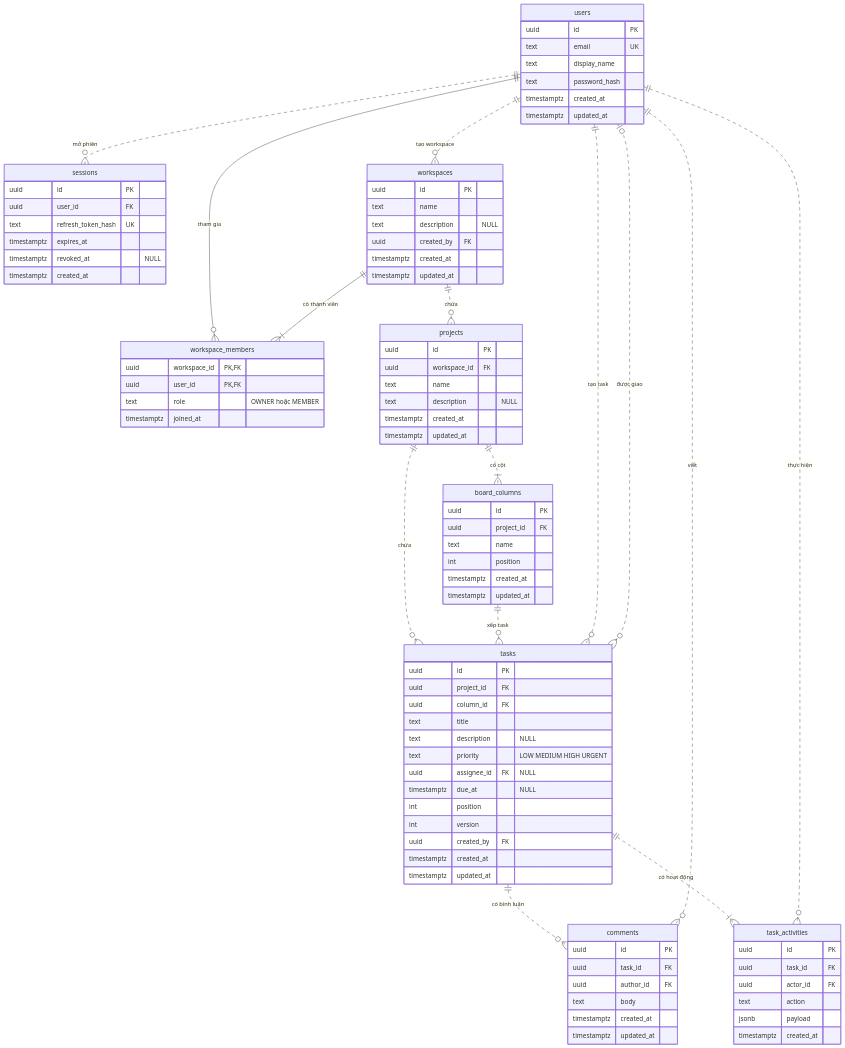
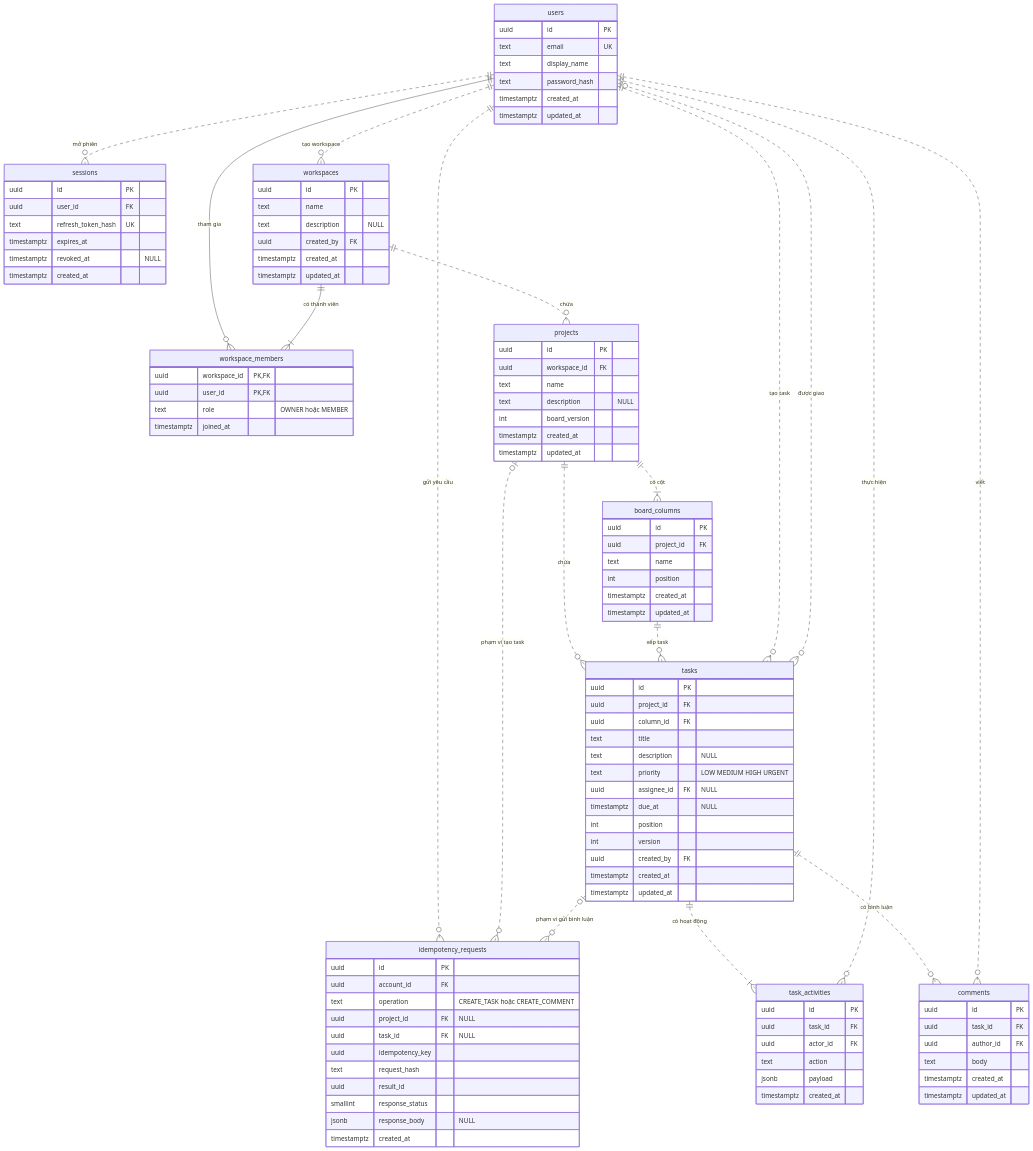
The diagram in docs/Sprintly_ERD.md (haitranduc203/Sprintly), drawn with Mermaid before and after one commit. The commit also changed other lines of this file and 6 other files, not shown here.

````diff
--- a/docs/Sprintly_ERD.md
+++ b/docs/Sprintly_ERD.md
@@ -22,6 +22,9 @@
     users ||..o{ comments : "viết"
     tasks ||..|{ task_activities : "có hoạt động"
     users ||..o{ task_activities : "thực hiện"
+    users ||..o{ idempotency_requests : "gửi yêu cầu"
+    projects |o..o{ idempotency_requests : "phạm vi tạo task"
+    tasks |o..o{ idempotency_requests : "phạm vi gửi bình luận"
 
     users {
         uuid id PK
@@ -58,6 +61,7 @@
         uuid workspace_id FK
         text name
         text description "NULL"
+        int board_version
         timestamptz created_at
         timestamptz updated_at
     }
@@ -100,4 +104,17 @@
         jsonb payload
         timestamptz created_at
     }
+    idempotency_requests {
+        uuid id PK
+        uuid account_id FK
+        text operation "CREATE_TASK hoặc CREATE_COMMENT"
+        uuid project_id FK "NULL"
+        uuid task_id FK "NULL"
+        uuid idempotency_key
+        text request_hash
+        uuid result_id
+        smallint response_status
+        jsonb response_body "NULL"
+        timestamptz created_at
+    }
 ```
````
